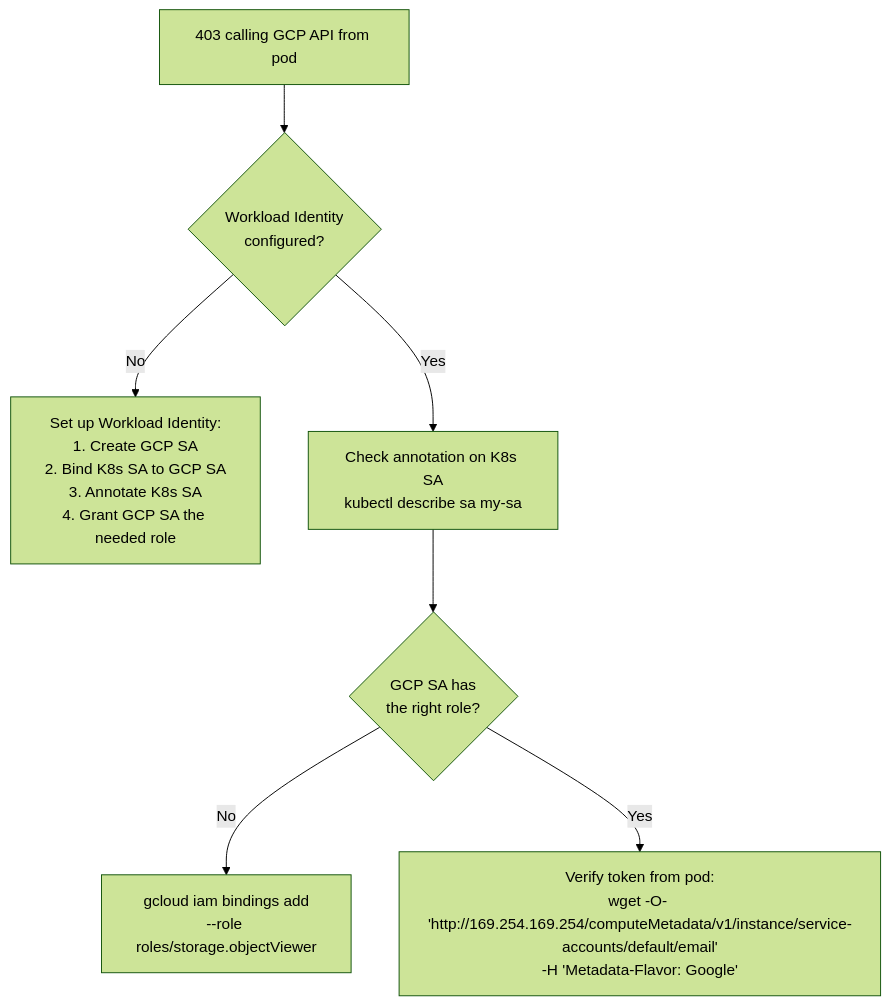
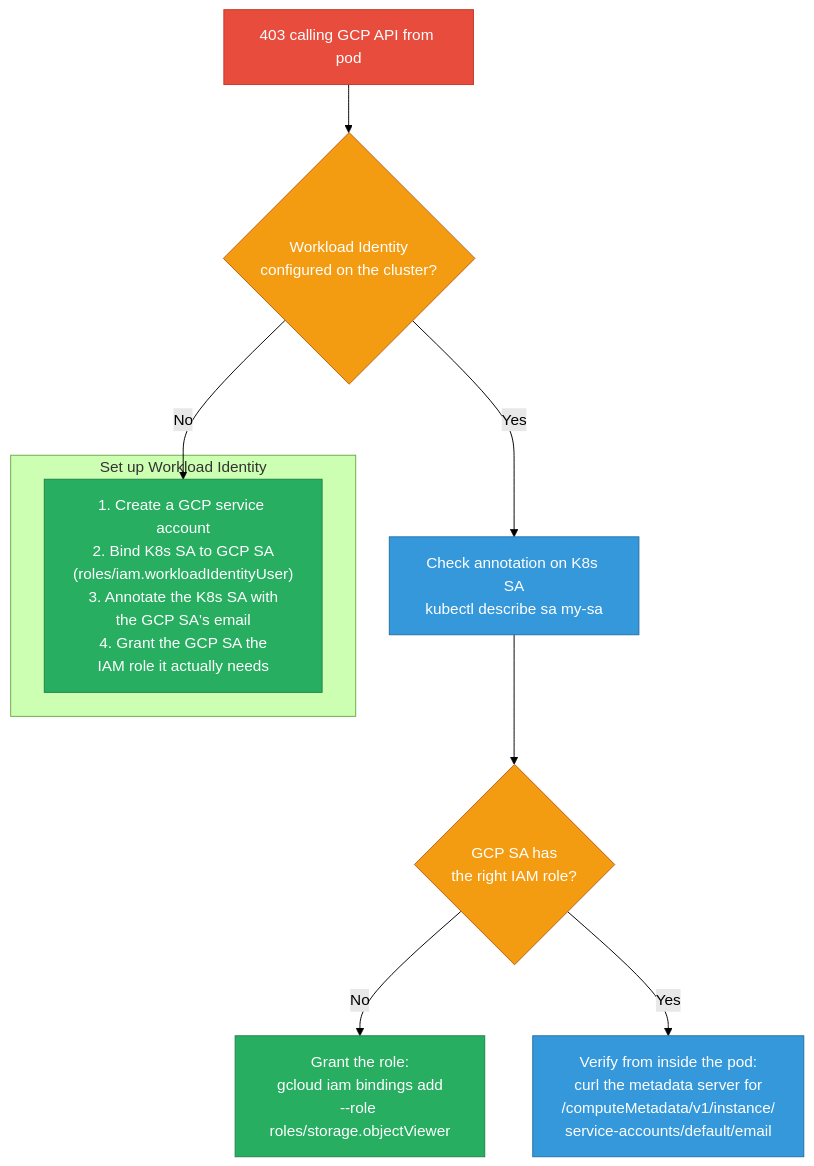
One commit to deepanshu-rawat6/DevOpsIndex changed the first of 5 diagrams in gcp/scenarios.md. Above: the diagram before and after it, drawn with Mermaid (forest theme). The commit also changed other lines of this file and 14 other files, not shown here.

````diff
--- a/gcp/scenarios.md
+++ b/gcp/scenarios.md
@@ -9,9 +16,19 @@
 ```mermaid
 flowchart TD
-    ERR["403 calling GCP API from pod"] --> WI
-    WI{"Workload Identity\nconfigured?"} -->|No| SETUP["Set up Workload Identity:\n1. Create GCP SA\n2. Bind K8s SA to GCP SA\n3. Annotate K8s SA\n4. Grant GCP SA the needed role"]
+    classDef err fill:#e74c3c,stroke:#c0392b,color:#fff
+    classDef decision fill:#f39c12,stroke:#ba6018,color:#fff
+    classDef fix fill:#27ae60,stroke:#1e8449,color:#fff
+    classDef verify fill:#3498db,stroke:#2471a3,color:#fff
+
+    ERR["403 calling GCP API from pod"]:::err --> WI
+    WI{"Workload Identity<br/>configured on the cluster?"}:::decision -->|No| SETUP
     WI -->|Yes| CHECK
-    CHECK["Check annotation on K8s SA\nkubectl describe sa my-sa"] --> ROLE
-    ROLE{"GCP SA has\nthe right role?"} -->|No| GRANT["gcloud iam bindings add\n--role roles/storage.objectViewer"]
-    ROLE -->|Yes| TOKEN["Verify token from pod:\nwget -O- 'http://169.254.169.254/computeMetadata/v1/instance/service-accounts/default/email'\n-H 'Metadata-Flavor: Google'"]
+
+    subgraph SETUP_GROUP["Set up Workload Identity"]
+        SETUP["1. Create a GCP service account<br/>2. Bind K8s SA to GCP SA<br/>(roles/iam.workloadIdentityUser)<br/>3. Annotate the K8s SA with<br/>the GCP SA's email<br/>4. Grant the GCP SA the<br/>IAM role it actually needs"]:::fix
+    end
+
+    CHECK["Check annotation on K8s SA<br/>kubectl describe sa my-sa"]:::verify --> ROLE
+    ROLE{"GCP SA has<br/>the right IAM role?"}:::decision -->|No| GRANT["Grant the role:<br/>gcloud iam bindings add<br/>--role roles/storage.objectViewer"]:::fix
+    ROLE -->|Yes| TOKEN["Verify from inside the pod:<br/>curl the metadata server for<br/>/computeMetadata/v1/instance/<br/>service-accounts/default/email"]:::verify
 ```
````
